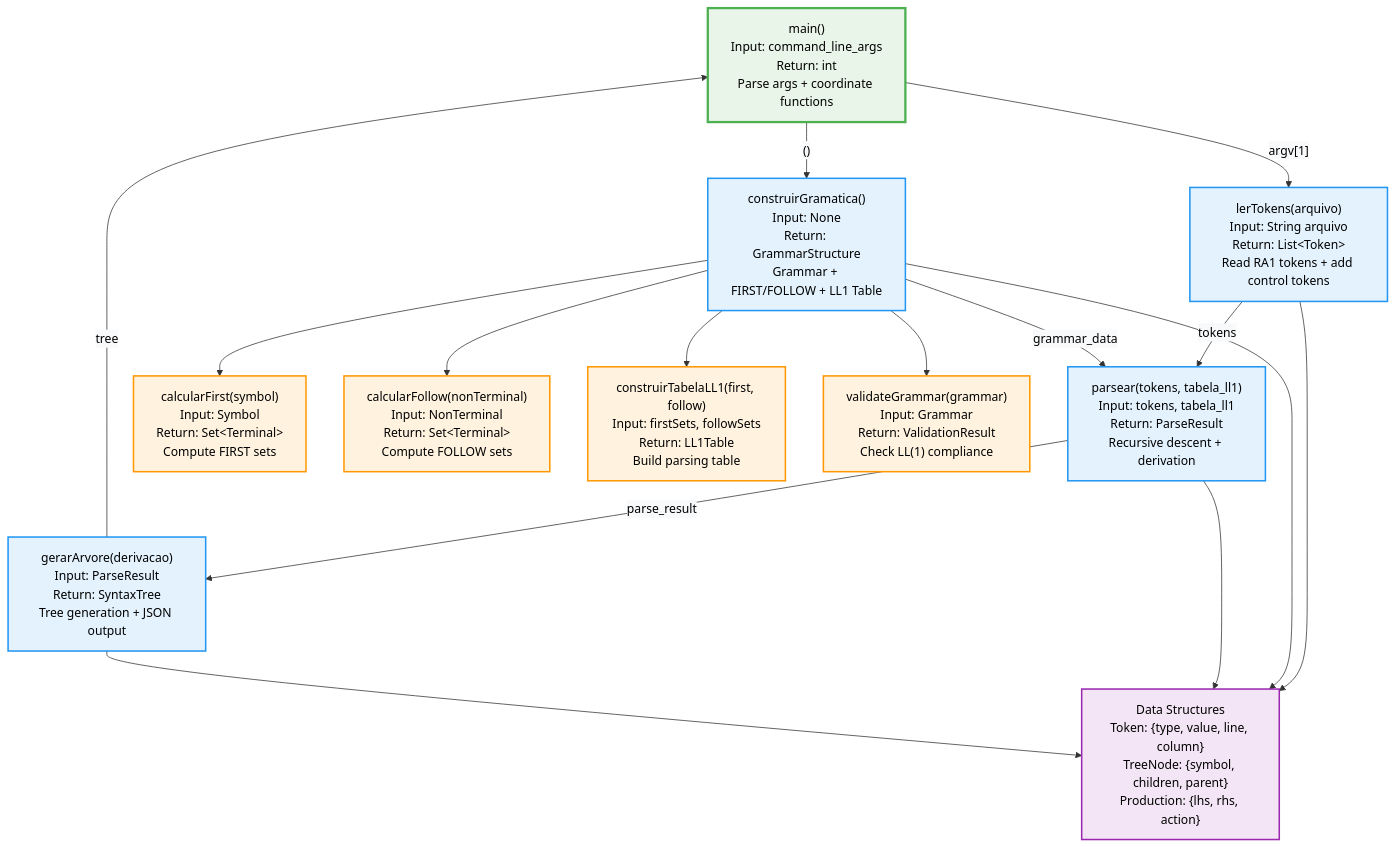
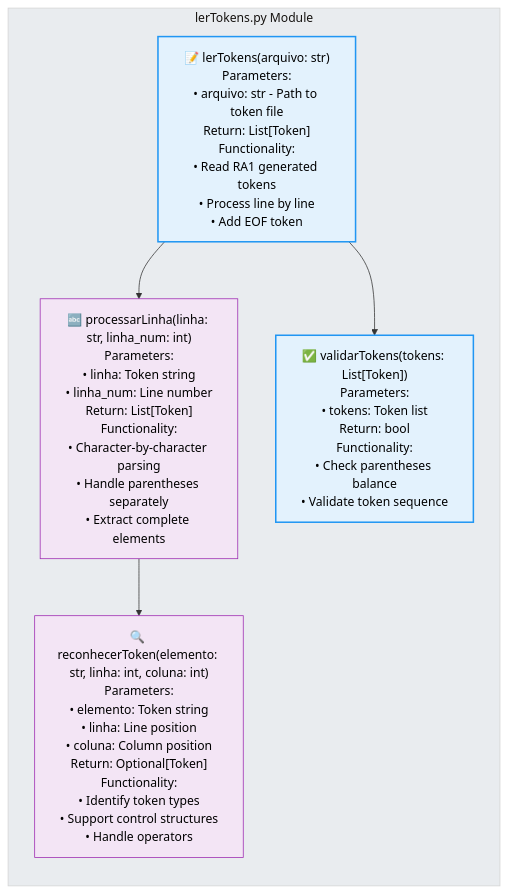
One commit to waifuisalie/RA2_1 changed the second of 6 diagrams in flowcharts/RA2/RA2_Function_Interfaces.md. Above: the diagram before and after it, drawn with Mermaid. The commit also changed other lines of this file and 1 other file, not shown here.

Commit message:
adding correct and improved flowcharts

````diff
--- a/flowcharts/RA2/RA2_Function_Interfaces.md
+++ b/flowcharts/RA2/RA2_Function_Interfaces.md
@@ -5,61 +95,24 @@
 ```mermaid
 %%{init: {'theme':'base', 'themeVariables': { 'primaryColor': '#ffffff', 'primaryTextColor': '#000000', 'primaryBorderColor': '#333333', 'lineColor': '#333333', 'secondaryColor': '#f8f9fa', 'tertiaryColor': '#e9ecef'}}}%%
-flowchart TD
-    %% Main Function
-    A["main()<br/>Input: command_line_args<br/>Return: int<br/>Parse args + coordinate functions"]
-    
-    %% lerTokens Function
-    B["lerTokens(arquivo)<br/>Input: String arquivo<br/>Return: List&lt;Token&gt;<br/>Read RA1 tokens + add control tokens"]
-    
-    %% construirGramatica Function  
-    C["construirGramatica()<br/>Input: None<br/>Return: GrammarStructure<br/>Grammar + FIRST/FOLLOW + LL1 Table"]
-    
-    %% parsear Function
-    D["parsear(tokens, tabela_ll1)<br/>Input: tokens, tabela_ll1<br/>Return: ParseResult<br/>Recursive descent + derivation"]
-    
-    %% gerarArvore Function
-    E["gerarArvore(derivacao)<br/>Input: ParseResult<br/>Return: SyntaxTree<br/>Tree generation + JSON output"]
-    
-    %% Helper Functions
-    F["calcularFirst(symbol)<br/>Input: Symbol<br/>Return: Set&lt;Terminal&gt;<br/>Compute FIRST sets"]
-    
-    G["calcularFollow(nonTerminal)<br/>Input: NonTerminal<br/>Return: Set&lt;Terminal&gt;<br/>Compute FOLLOW sets"]
-    
-    H["construirTabelaLL1(first, follow)<br/>Input: firstSets, followSets<br/>Return: LL1Table<br/>Build parsing table"]
-    
-    I["validateGrammar(grammar)<br/>Input: Grammar<br/>Return: ValidationResult<br/>Check LL(1) compliance"]
-    
-    %% Data Structures
-    J["Data Structures<br/>Token: {type, value, line, column}<br/>TreeNode: {symbol, children, parent}<br/>Production: {lhs, rhs, action}"]
-    
-    %% Function Call Flow
-    A --> |"argv[1]"| B
-    B --> |"tokens"| D
-    A --> |"()"| C  
-    C --> |"grammar_data"| D
-    D --> |"parse_result"| E
-    E --> |"tree"| A
-    
-    %% Helper function calls
-    C --> F
-    C --> G  
-    C --> H
-    C --> I
-    
-    %% Data structure relationships
-    B --> J
-    C --> J
-    D --> J
-    E --> J
-    
-    %% Styling
-    classDef mainFunc fill:#e8f5e8,stroke:#4caf50,stroke-width:3px
-    classDef coreFunc fill:#e3f2fd,stroke:#2196f3,stroke-width:2px
-    classDef helperFunc fill:#fff3e0,stroke:#ff9800,stroke-width:2px
-    classDef dataStruct fill:#f3e5f5,stroke:#9c27b0,stroke-width:2px
-    
-    class A mainFunc
-    class B,C,D,E coreFunc
-    class F,G,H,I helperFunc
-    class J dataStruct
+graph LR
+    subgraph "lerTokens.py Module"
+        direction TB
+        A["📝 lerTokens(arquivo: str)<br/>Parameters:<br/>• arquivo: str - Path to token file<br/>Return: List[Token]<br/>Functionality:<br/>• Read RA1 generated tokens<br/>• Process line by line<br/>• Add EOF token"]
+
+        B["🔤 processarLinha(linha: str, linha_num: int)<br/>Parameters:<br/>• linha: Token string<br/>• linha_num: Line number<br/>Return: List[Token]<br/>Functionality:<br/>• Character-by-character parsing<br/>• Handle parentheses separately<br/>• Extract complete elements"]
+
+        C["🔍 reconhecerToken(elemento: str, linha: int, coluna: int)<br/>Parameters:<br/>• elemento: Token string<br/>• linha: Line position<br/>• coluna: Column position<br/>Return: Optional[Token]<br/>Functionality:<br/>• Identify token types<br/>• Support control structures<br/>• Handle operators"]
+
+        D["✅ validarTokens(tokens: List[Token])<br/>Parameters:<br/>• tokens: Token list<br/>Return: bool<br/>Functionality:<br/>• Check parentheses balance<br/>• Validate token sequence"]
+
+        A --> B
+        B --> C
+        A --> D
+    end
+
+    classDef publicFunc fill:#e3f2fd,stroke:#2196f3,stroke-width:2px
+    classDef privateFunc fill:#f3e5f5,stroke:#9c27b0,stroke-width:1px
+
+    class A,D publicFunc
+    class B,C privateFunc
 ```
````
